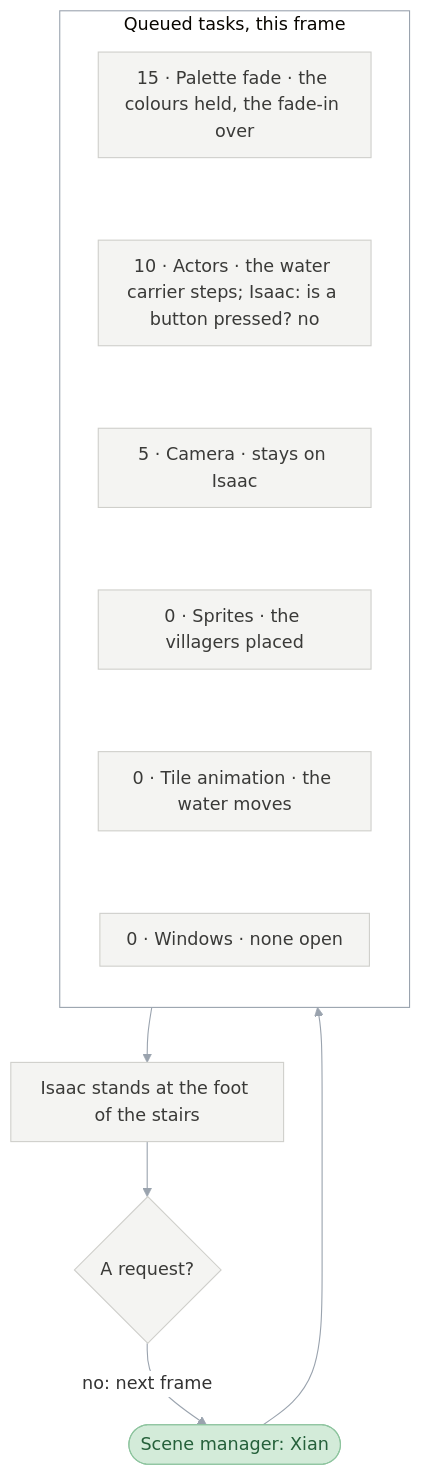
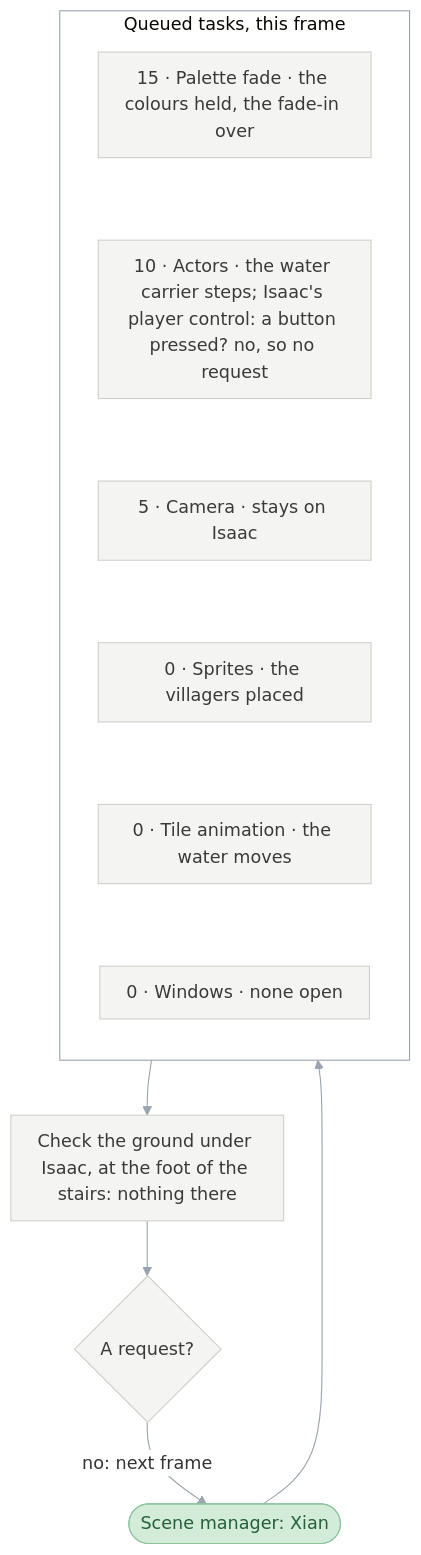
One commit to PascalPixel/alchemy changed the seventh of 7 diagrams in games/tbs/README.md. Above: the diagram before and after it, drawn with Mermaid. The commit also changed other lines of this file, not shown here.

First line of the commit message:
☀️ Front page: the charts close five gaps a reader from the charts alone hit

````diff
--- a/games/tbs/README.md
+++ b/games/tbs/README.md
@@ -201,23 +201,23 @@
 ```mermaid
 %%{init: {"theme": "base", "themeVariables": {"lineColor": "#9AA3AE", "edgeLabelBackground": "#FFFFFF"}, "flowchart": {"curve": "basis", "padding": 12}}}%%
 flowchart TD
   frame(["Scene manager: Xian"]) --> queue
   subgraph queue ["Queued tasks, this frame"]
     direction TB
-    t1["15 · Palette fade · the colours held, the fade-in over"] ~~~ t2["10 · Actors · the water carrier steps; Isaac: is a button pressed? no"]
+    t1["15 · Palette fade · the colours held, the fade-in over"] ~~~ t2["10 · Actors · the water carrier steps; Isaac's player control: a button pressed? no, so no request"]
     t2 ~~~ t3["5 · Camera · stays on Isaac"] ~~~ t4["0 · Sprites · the villagers placed"]
     t4 ~~~ t5["0 · Tile animation · the water moves"] ~~~ t6["0 · Windows · none open"]
   end
-  queue --> ground["Isaac stands at the foot of the stairs"]
+  queue --> ground["Check the ground under Isaac, at the foot of the stairs: nothing there"]
   ground --> check{"A request?"}
   check -->|"no: next frame"| frame
   classDef sequenceManager fill:#DDE3EC,stroke:#8FA0B8,color:#2E3C50
   classDef sceneSequence fill:#D2EEF3,stroke:#7FC3D0,color:#1E5966
   classDef battle fill:#F6D5D2,stroke:#D9928B,color:#8A2A22
   classDef sceneManager fill:#D3EBD9,stroke:#8DC49E,color:#25603A
   classDef request fill:#FBE7C6,stroke:#E0B46A,color:#7A5212
   classDef step fill:#F4F4F2,stroke:#CFCFCB,color:#3A3A38
   class frame sceneManager
   class t1,t2,t3,t4,t5,t6,ground,check step
   style queue fill:#FFFFFF,stroke:#9AA3AE
 ```
````
